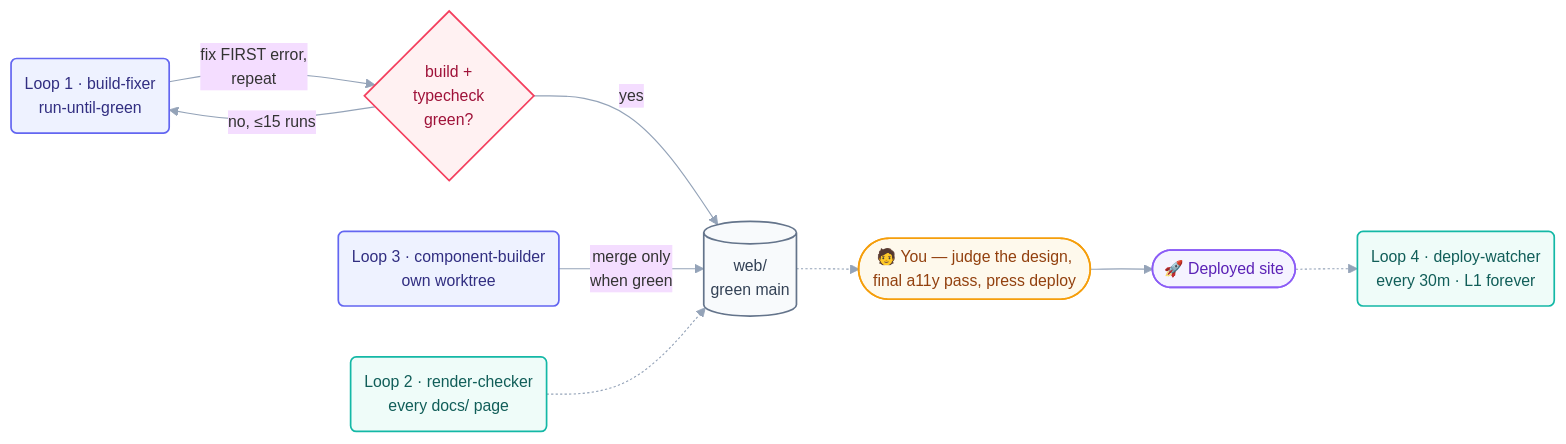
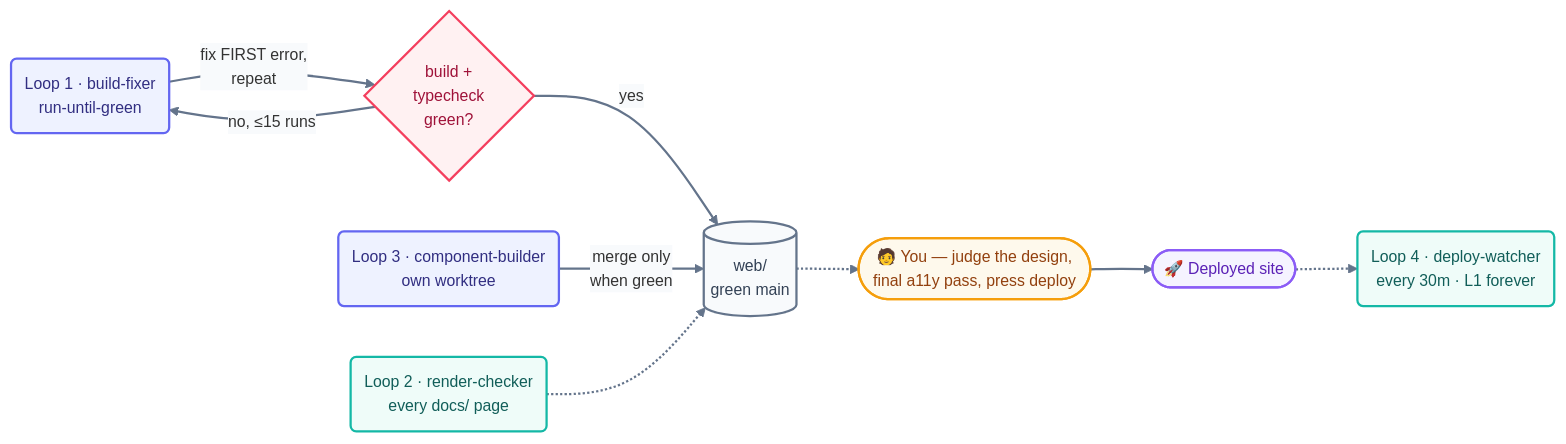
Before and after one commit to ayeshakhalid192007-dev/LoopEngineering-CrashCourse: the diagram in days-plans/day4-plan.md, drawn with Mermaid. The commit also changed 66 other files, not shown here.

First line of the commit message:
docs(diagrams): bolden and unify all 70 mermaid diagrams

````diff
--- a/days-plans/day4-plan.md
+++ b/days-plans/day4-plan.md
@@ -57,18 +57,19 @@
 ```mermaid
-%%{init: {'theme':'base','themeVariables':{'fontFamily':'ui-sans-serif, system-ui, sans-serif','fontSize':'14px','lineColor':'#94a3b8'},'flowchart':{'curve':'basis','nodeSpacing':45,'rankSpacing':55,'padding':12}}}%%
+%%{init: {'theme':'base','themeVariables':{'fontFamily':'ui-sans-serif, system-ui, sans-serif','fontSize':'14px','lineColor':'#64748b','edgeLabelBackground':'#f8fafc'},'flowchart':{'curve':'basis','nodeSpacing':45,'rankSpacing':55,'padding':12}}}%%
 flowchart LR
     L1("Loop 1 · build-fixer<br/>run-until-green"):::maker -->|fix FIRST error,<br/>repeat| BUILD{"build +<br/>typecheck<br/>green?"}:::verify
     BUILD -->|no, ≤15 runs| L1
     BUILD -->|yes| SITE[("web/<br/>green main")]:::file
     L3("Loop 3 · component-builder<br/>own worktree"):::maker -->|merge only<br/>when green| SITE
     L2("Loop 2 · render-checker<br/>every docs/ page"):::check -.-> SITE
     H(["🧑 You — judge the design,<br/>final a11y pass, press deploy"]):::human --> DEP(["🚀 Deployed site"]):::win
     SITE -.-> H
     DEP -.-> L4("Loop 4 · deploy-watcher<br/>every 30m · L1 forever"):::check
-    classDef maker fill:#eef2ff,stroke:#6366f1,stroke-width:1.5px,color:#312e81;
-    classDef check fill:#effcf9,stroke:#14b8a6,stroke-width:1.5px,color:#115e59;
-    classDef verify fill:#fff1f2,stroke:#f43f5e,stroke-width:1.5px,color:#9f1239;
-    classDef file fill:#f8fafc,stroke:#64748b,stroke-width:1.5px,color:#334155;
-    classDef human fill:#fef9ec,stroke:#f59e0b,stroke-width:1.5px,color:#92400e;
-    classDef win fill:#f5f3ff,stroke:#8b5cf6,stroke-width:1.5px,color:#5b21b6;
+    linkStyle default stroke:#64748b,stroke-width:2px;
+    classDef maker fill:#eef2ff,stroke:#6366f1,stroke-width:2px,color:#312e81;
+    classDef check fill:#effcf9,stroke:#14b8a6,stroke-width:2px,color:#115e59;
+    classDef verify fill:#fff1f2,stroke:#f43f5e,stroke-width:2px,color:#9f1239;
+    classDef file fill:#f8fafc,stroke:#64748b,stroke-width:2px,color:#334155;
+    classDef human fill:#fef9ec,stroke:#f59e0b,stroke-width:2px,color:#92400e;
+    classDef win fill:#f5f3ff,stroke:#8b5cf6,stroke-width:2px,color:#5b21b6;
 ```
````
